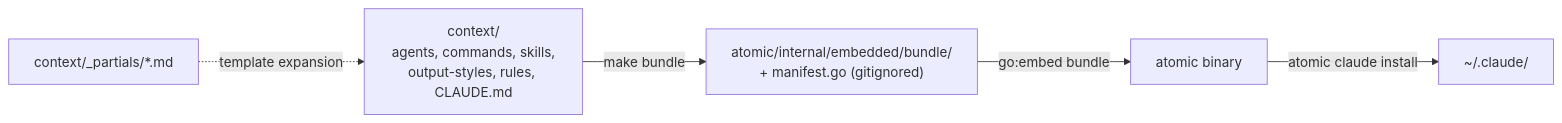
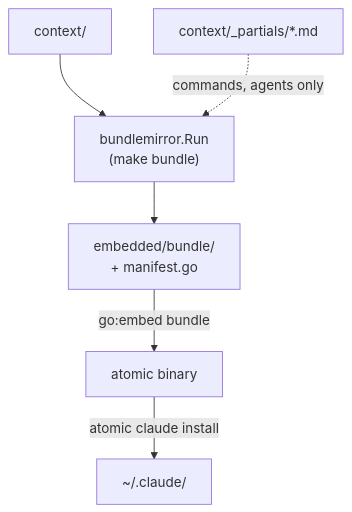
Before and after one commit to damusix/atomic-claude: the first of 5 diagrams in docs/wiki/bundle.md, drawn with Mermaid. The commit also changed other lines of this file and 19 other files, not shown here.

````diff
--- a/docs/wiki/bundle.md
+++ b/docs/wiki/bundle.md
@@ -27,9 +27,15 @@
 ```mermaid
-flowchart LR
+flowchart TD
+    %% source: atomic/internal/bundlemirror/mirror.go, atomic/internal/templaterender/templaterender.go, atomic/internal/embedded/bundle.go, atomic/internal/claudeinstall/install.go
+    CTX["context/"]
     PART["context/_partials/*.md"]
-    CTX["context/<br/>agents, commands, skills,<br/>output-styles, rules, CLAUDE.md"]
-    PART -.->|"template expansion"| CTX
-    CTX -->|"make bundle"| EMB["atomic/internal/embedded/bundle/<br/>+ manifest.go (gitignored)"]
-    EMB -->|"go:embed bundle"| BIN["atomic binary"]
-    BIN -->|"atomic claude install"| HOME["~/.claude/"]
+    MIR["bundlemirror.Run<br/>(make bundle)"]
+    EMB["embedded/bundle/<br/>+ manifest.go"]
+    BIN["atomic binary"]
+    HOME["~/.claude/"]
+    CTX --> MIR
+    PART -.->|"commands, agents only"| MIR
+    MIR --> EMB
+    EMB -->|"go:embed bundle"| BIN
+    BIN -->|"atomic claude install"| HOME
 ```
````
